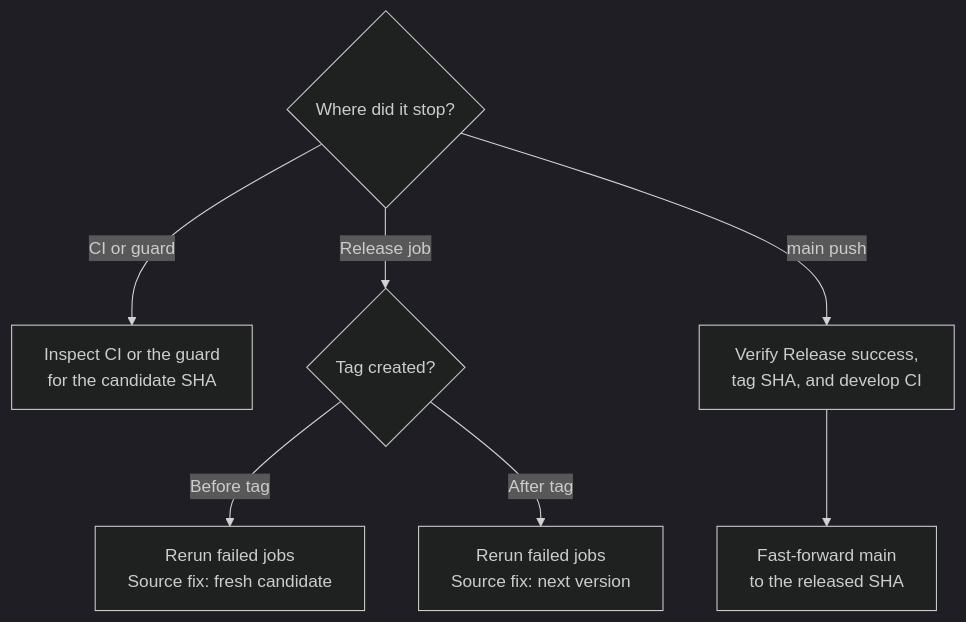
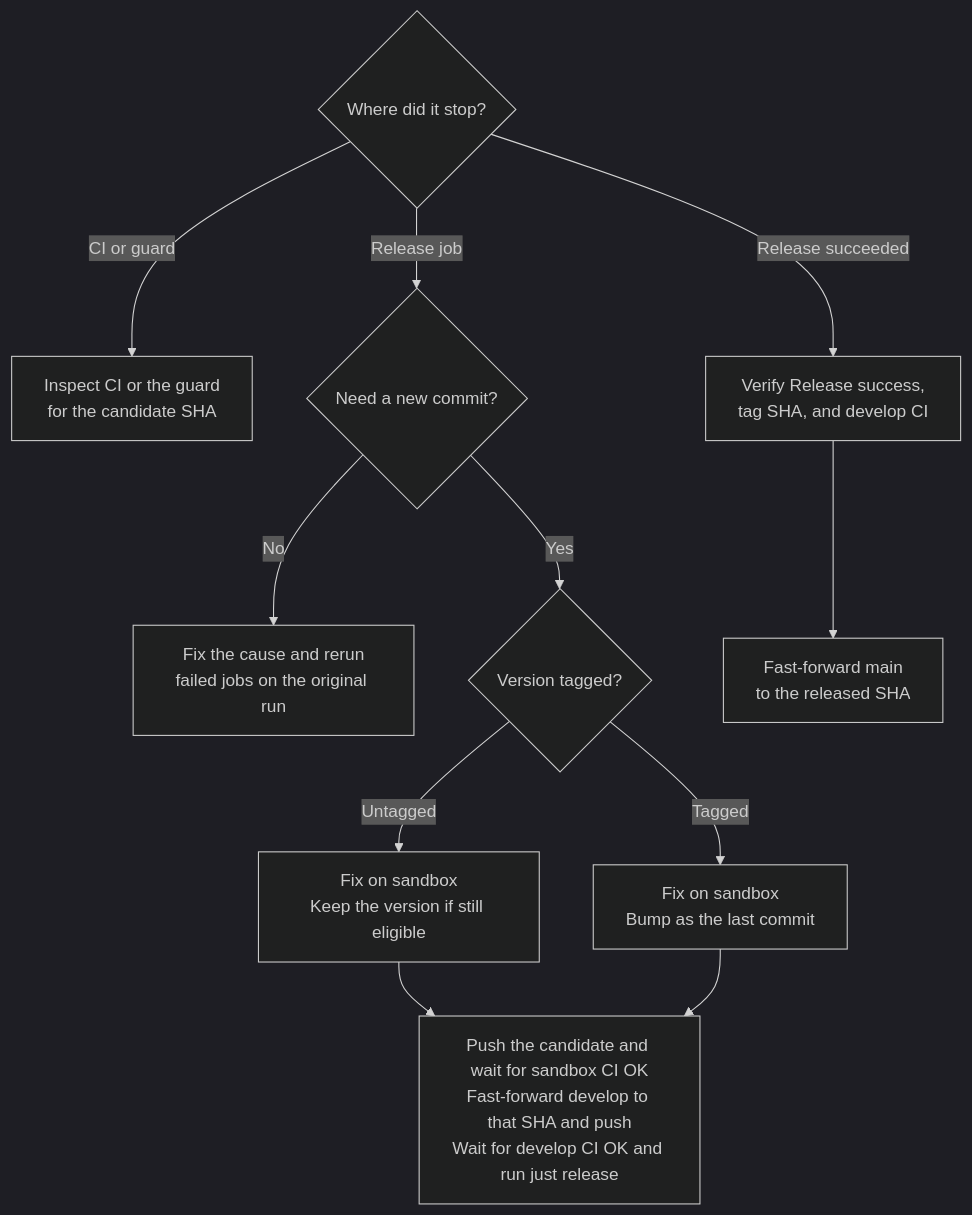
One commit to nbari/cron-when changed the third of 3 diagrams in RELEASING.md. Above: the diagram before and after it, drawn with Mermaid (dark theme). The commit also changed other lines of this file and 3 other files, not shown here.

````diff
--- a/RELEASING.md
+++ b/RELEASING.md
@@ -125,10 +125,14 @@
 ```mermaid
 flowchart TD
     F{"Where did it stop?"}
     F -->|CI or guard| C["Inspect CI or the guard<br/>for the candidate SHA"]
-    F -->|Release job| T{"Tag created?"}
-    F -->|main push| V["Verify Release success,<br/>tag SHA, and develop CI"]
-    T -->|Before tag| B["Rerun failed jobs<br/>Source fix: fresh candidate"]
-    T -->|After tag| A["Rerun failed jobs<br/>Source fix: next version"]
+    F -->|Release job| N{"Need a new commit?"}
+    F -->|Release succeeded| V["Verify Release success,<br/>tag SHA, and develop CI"]
+    N -->|No| R["Fix the cause and rerun<br/>failed jobs on the original run"]
+    N -->|Yes| T{"Version tagged?"}
+    T -->|Untagged| K["Fix on sandbox<br/>Keep the version if still eligible"]
+    T -->|Tagged| B["Fix on sandbox<br/>Bump as the last commit"]
+    K --> Q["Push the candidate and wait for sandbox CI OK<br/>Fast-forward develop to that SHA and push<br/>Wait for develop CI OK and run just release"]
+    B --> Q
     V --> M["Fast-forward main<br/>to the released SHA"]
 ```
````
